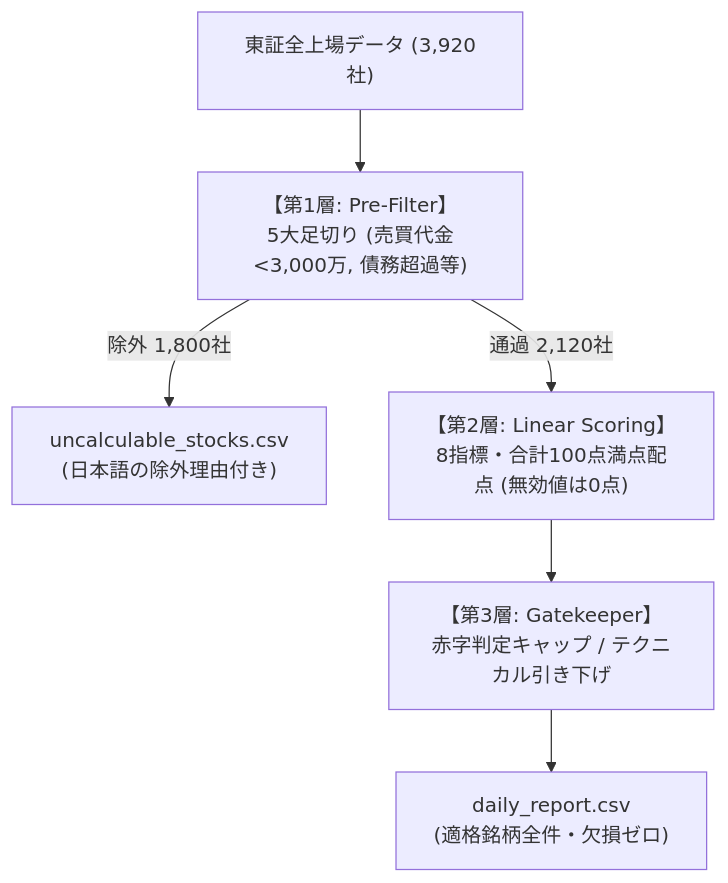
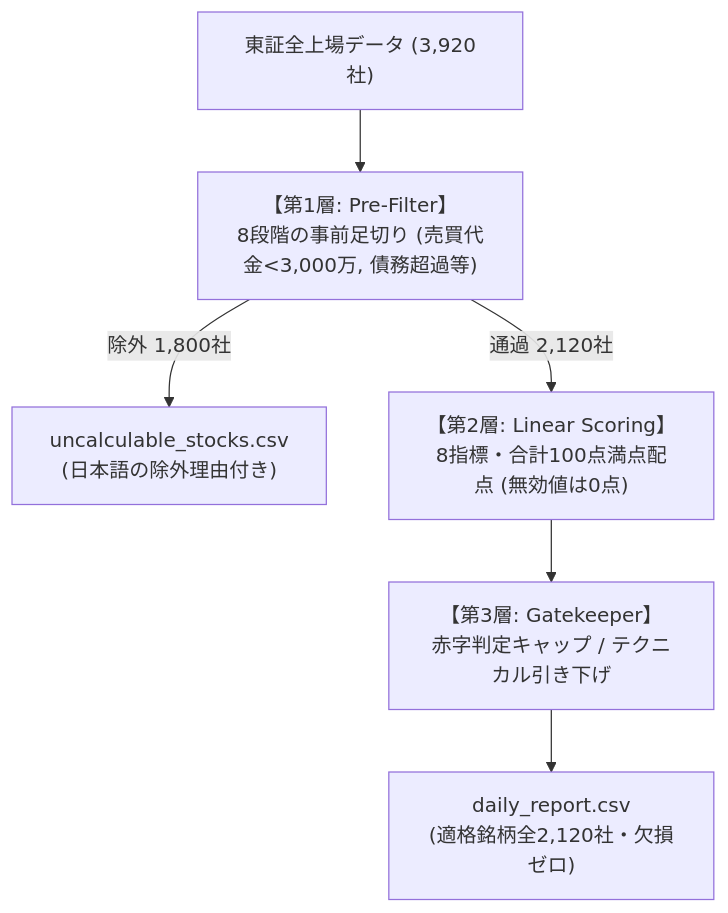
One commit to akkyey/stock-analyzer-core changed the diagram in docs/articles/qiita_part3_customization_and_validation.md. Above: the diagram before and after it, drawn with Mermaid. The commit also changed other lines of this file, not shown here.

````diff
--- a/docs/articles/qiita_part3_customization_and_validation.md
+++ b/docs/articles/qiita_part3_customization_and_validation.md
@@ -32,8 +43,8 @@
 ```mermaid
 flowchart TD
-    Raw["東証全上場データ (3,920社)"] --> L1["【第1層: Pre-Filter】<br>5大足切り (売買代金<3,000万, 債務超過等)"]
+    Raw["東証全上場データ (3,920社)"] --> L1["【第1層: Pre-Filter】<br>8段階の事前足切り (売買代金<3,000万, 債務超過等)"]
     L1 -->|除外 1,800社| Out_Ex["uncalculable_stocks.csv<br>(日本語の除外理由付き)"]
     L1 -->|通過 2,120社| L2["【第2層: Linear Scoring】<br>8指標・合計100点満点配点 (無効値は0点)"]
     L2 --> L3["【第3層: Gatekeeper】<br>赤字判定キャップ / テクニカル引き下げ"]
-    L3 --> Out_OK["daily_report.csv<br>(適格銘柄全件・欠損ゼロ)"]
+    L3 --> Out_OK["daily_report.csv<br>(適格銘柄全2,120社・欠損ゼロ)"]
 ```
````
